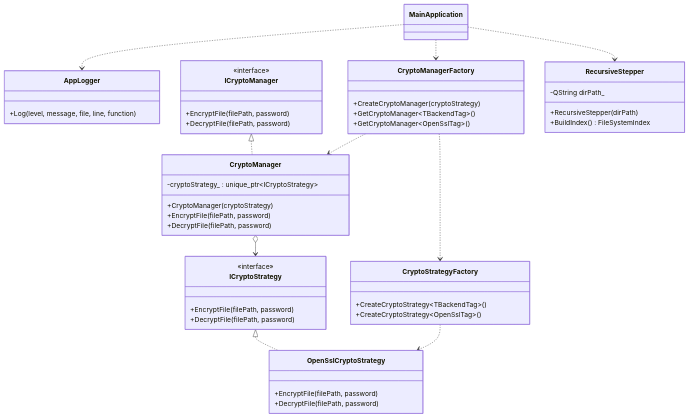
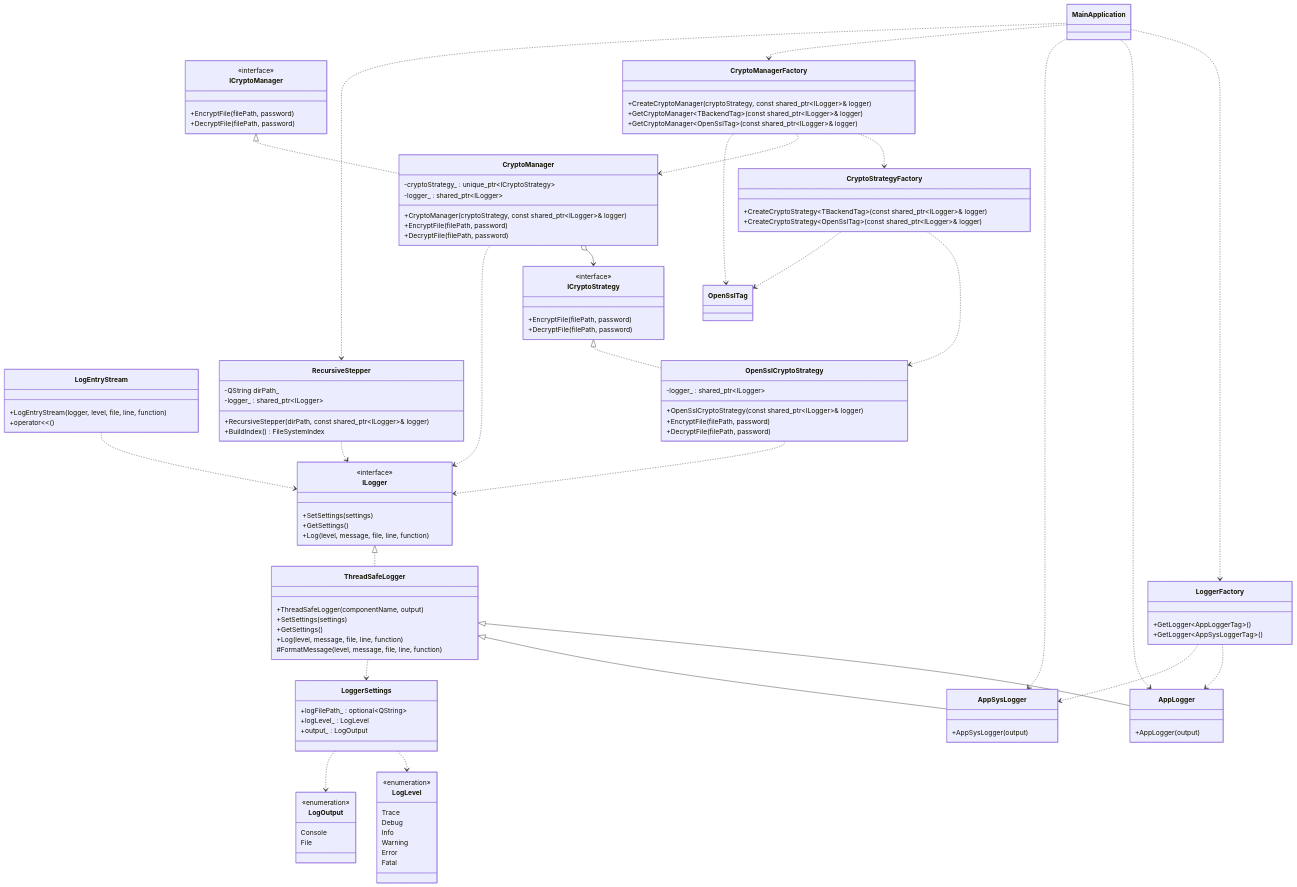
Before and after one commit to artoshechka/development_of_information_security_tools_lab_1: the diagram in README.md, drawn with Mermaid. The commit also changed other lines of this file and 18 other files, not shown here.

Commit message:
Inject shared AppSys logger Добавлен логгер для фиксирования событий системы в целом

````diff
--- a/README.md
+++ b/README.md
@@ -54,6 +55,63 @@
 ```mermaid
 classDiagram
     class MainApplication
+
+    class ILogger {
+        <<interface>>
+        +SetSettings(settings)
+        +GetSettings()
+        +Log(level, message, file, line, function)
+    }
+
+    class ThreadSafeLogger {
+        +ThreadSafeLogger(componentName, output)
+        +SetSettings(settings)
+        +GetSettings()
+        +Log(level, message, file, line, function)
+        #FormatMessage(level, message, file, line, function)
+    }
+
+    class AppLogger {
+        +AppLogger(output)
+    }
+
+    class AppSysLogger {
+        +AppSysLogger(output)
+    }
+
+    class LoggerFactory {
+        +GetLogger~AppLoggerTag~()
+        +GetLogger~AppSysLoggerTag~()
+    }
+
+    class LogEntryStream {
+        +LogEntryStream(logger, level, file, line, function)
+        +operator<<()
+    }
+
+    class LoggerSettings {
+        +logFilePath_ : optional~QString~
+        +logLevel_ : LogLevel
+        +output_ : LogOutput
+    }
+
+    class LogLevel {
+        <<enumeration>>
+        Trace
+        Debug
+        Info
+        Warning
+        Error
+        Fatal
+    }
+
+    class LogOutput {
+        <<enumeration>>
+        Console
+        File
+    }
+
+    class OpenSslTag
 
     class ICryptoStrategy {
         <<interface>>
@@ -61,11 +119,9 @@
         +DecryptFile(filePath, password)
     }
 
-    class AppLogger {
-        +Log(level, message, file, line, function)
-    }
-
     class OpenSslCryptoStrategy {
+        -logger_ : shared_ptr~ILogger~
+        +OpenSslCryptoStrategy(const shared_ptr~ILogger~& logger)
         +EncryptFile(filePath, password)
         +DecryptFile(filePath, password)
     }
@@ -78,36 +134,56 @@
 
     class CryptoManager {
         -cryptoStrategy_ : unique_ptr~ICryptoStrategy~
-        +CryptoManager(cryptoStrategy)
+        -logger_ : shared_ptr~ILogger~
+        +CryptoManager(cryptoStrategy, const shared_ptr~ILogger~& logger)
         +EncryptFile(filePath, password)
         +DecryptFile(filePath, password)
     }
 
     class CryptoStrategyFactory {
-        +CreateCryptoStrategy~TBackendTag~()
-        +CreateCryptoStrategy~OpenSslTag~()
+        +CreateCryptoStrategy~TBackendTag~(const shared_ptr~ILogger~& logger)
+        +CreateCryptoStrategy~OpenSslTag~(const shared_ptr~ILogger~& logger)
     }
 
     class CryptoManagerFactory {
-        +CreateCryptoManager(cryptoStrategy)
-        +GetCryptoManager~TBackendTag~()
-        +GetCryptoManager~OpenSslTag~()
+        +CreateCryptoManager(cryptoStrategy, const shared_ptr~ILogger~& logger)
+        +GetCryptoManager~TBackendTag~(const shared_ptr~ILogger~& logger)
+        +GetCryptoManager~OpenSslTag~(const shared_ptr~ILogger~& logger)
     }
 
     class RecursiveStepper {
         -QString dirPath_
-        +RecursiveStepper(dirPath)
+        -logger_ : shared_ptr~ILogger~
+        +RecursiveStepper(dirPath, const shared_ptr~ILogger~& logger)
         +BuildIndex() FileSystemIndex
     }
+
+    ILogger <|.. ThreadSafeLogger
+    ThreadSafeLogger <|-- AppLogger
+    ThreadSafeLogger <|-- AppSysLogger
+    ThreadSafeLogger ..> LoggerSettings
+    LoggerSettings ..> LogLevel
+    LoggerSettings ..> LogOutput
+    LoggerFactory ..> AppLogger
+    LoggerFactory ..> AppSysLogger
+    LogEntryStream ..> ILogger
 
     ICryptoManager <|.. CryptoManager
     ICryptoStrategy <|.. OpenSslCryptoStrategy
     CryptoManager o--> ICryptoStrategy
+    CryptoManager ..> ILogger
+    OpenSslCryptoStrategy ..> ILogger
+    RecursiveStepper ..> ILogger
+
+    MainApplication ..> LoggerFactory
     MainApplication ..> AppLogger
+    MainApplication ..> AppSysLogger
     MainApplication ..> CryptoManagerFactory
     MainApplication ..> RecursiveStepper
 
     CryptoManagerFactory ..> CryptoStrategyFactory
     CryptoManagerFactory ..> CryptoManager
     CryptoStrategyFactory ..> OpenSslCryptoStrategy
+    CryptoStrategyFactory ..> OpenSslTag
+    CryptoManagerFactory ..> OpenSslTag
 ```
````
